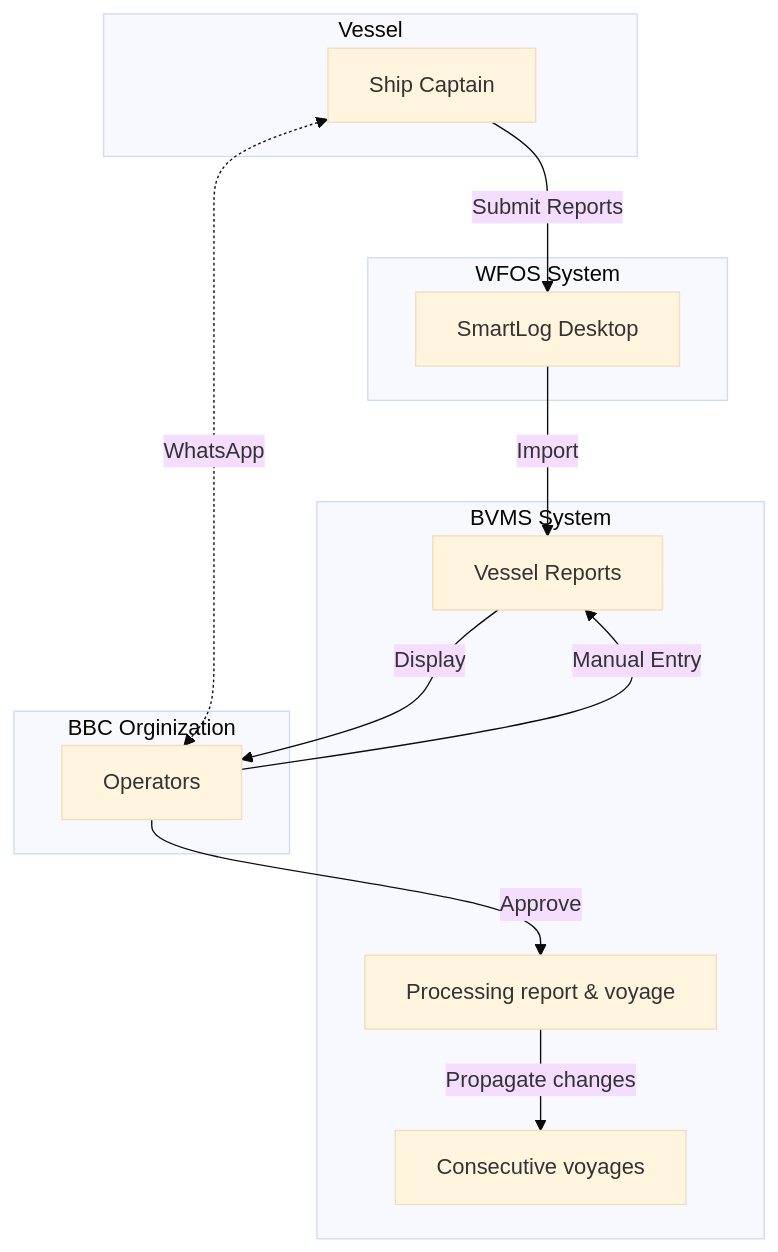
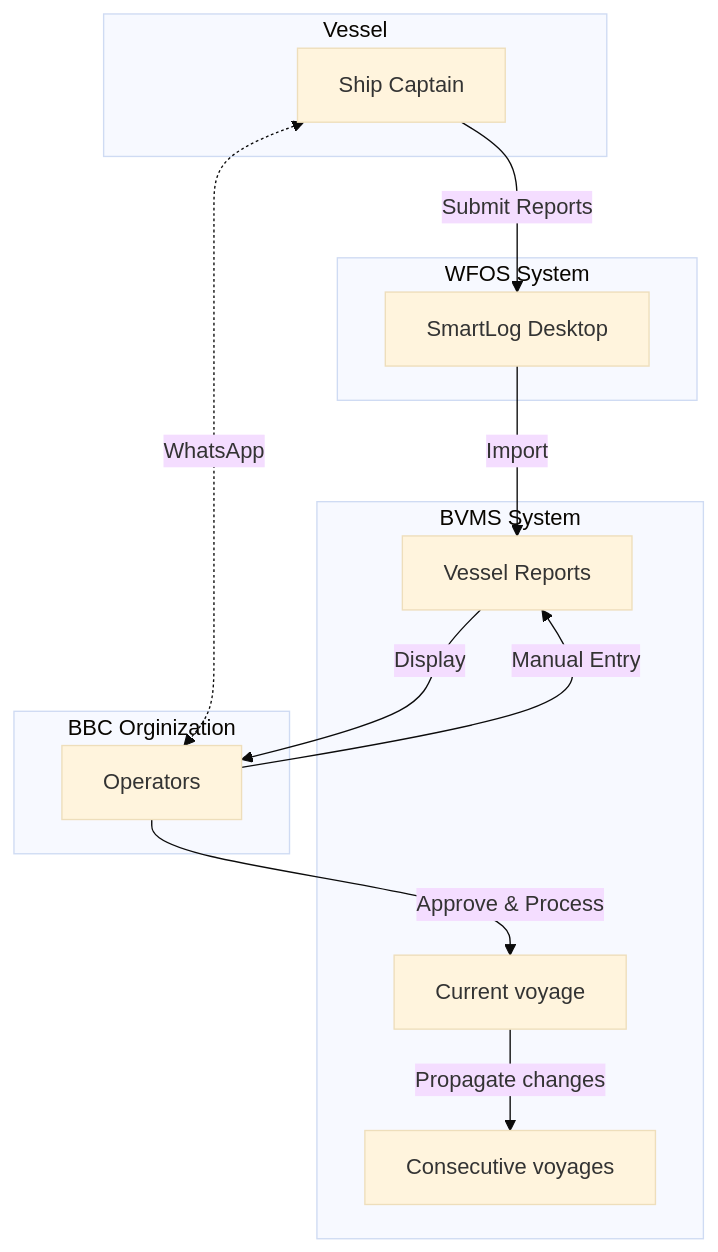
Before and after one commit to NguyenPhamCode4You/ai-home-lab-docker-compose: the first of 22 diagrams in transcribe/VesselReport_Final_Documentation.md, drawn with Mermaid (base theme).

````diff
--- a/transcribe/VesselReport_Final_Documentation.md
+++ b/transcribe/VesselReport_Final_Documentation.md
@@ -50,32 +50,32 @@
 ```mermaid
 graph TB
     subgraph "Vessel"
         A[Ship Captain]
     end
 
     subgraph "WFOS System"
         B[SmartLog Desktop]
     end
 
     subgraph "BVMS System"
         C[Vessel Reports]
-        D[Processing report & voyage]
+        D[Current voyage]
         E[Consecutive voyages]
     end
 
     subgraph "BBC Orginization"
         F[Operators]
     end
 
     A -->|Submit Reports| B
     A <-.->|WhatsApp| F
 
     B -->|Import| C
     F -->|Manual Entry| C
 
     C -->|Display| F
-    F -->|Approve| D
+    F -->|Approve & Process| D
 
     D -->|Propagate changes| E
 
 ```
````
